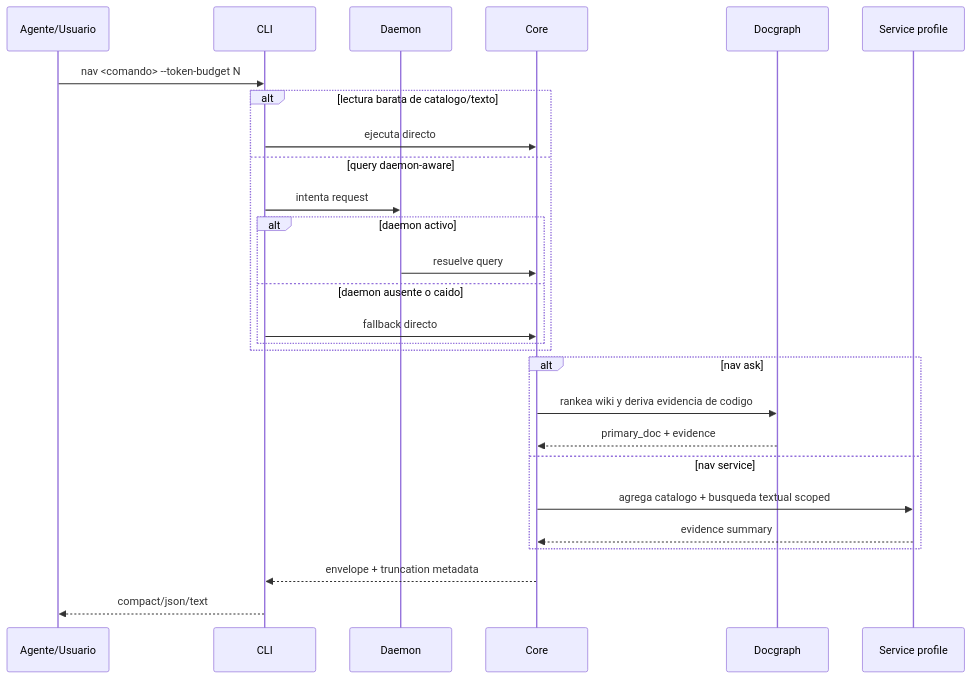
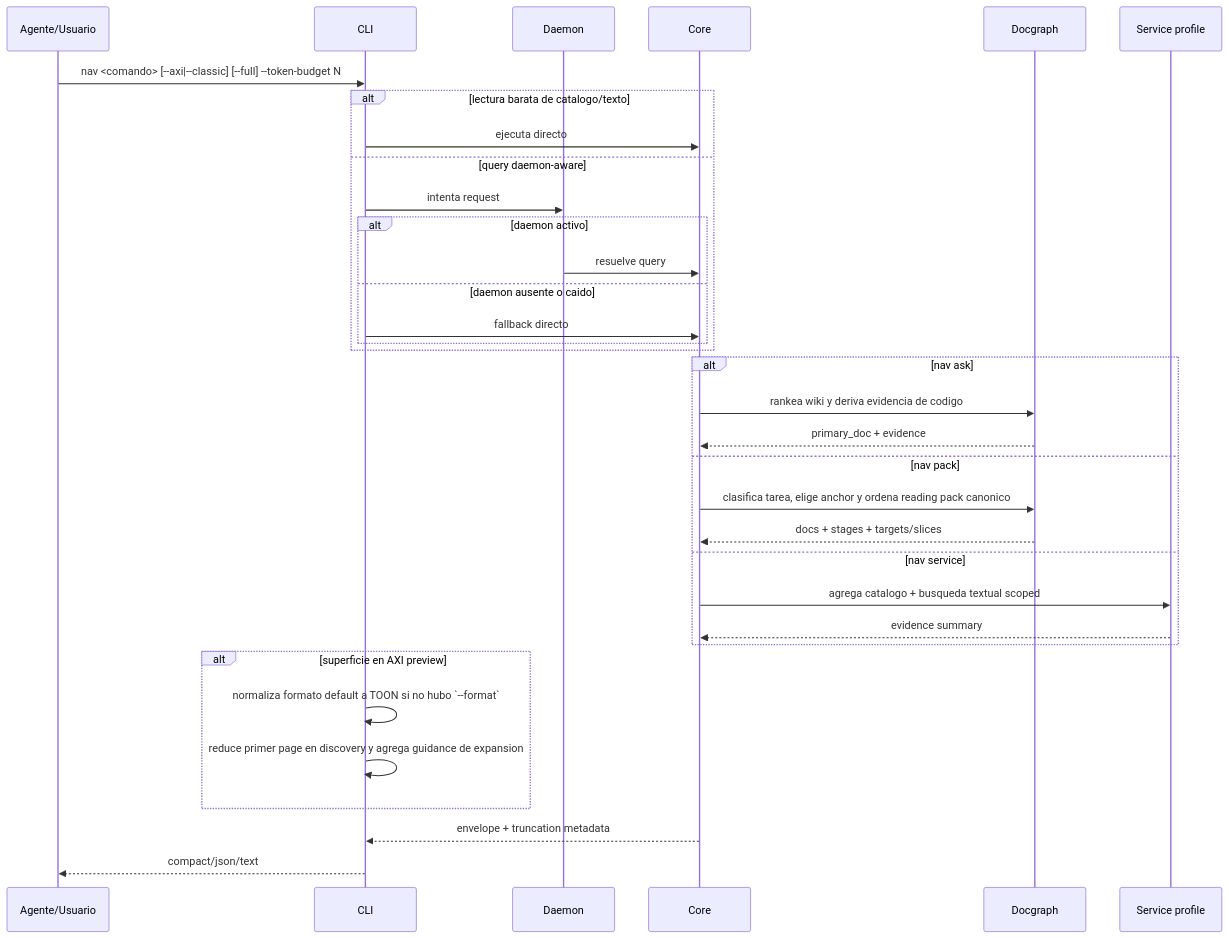
The diagram in .docs/wiki/03_FL/FL-QRY-01.md (fgpaz/mi-lsp), drawn with Mermaid before and after one commit. The commit also changed other lines of this file and 86 other files, not shown here.

````diff
--- a/.docs/wiki/03_FL/FL-QRY-01.md
+++ b/.docs/wiki/03_FL/FL-QRY-01.md
@@ -37,30 +38,37 @@
 ```mermaid
 sequenceDiagram
     participant A as Agente/Usuario
     participant CLI as CLI
     participant D as Daemon
     participant C as Core
     participant DG as Docgraph
     participant X as Service profile
 
-    A->>CLI: nav <comando> --token-budget N
+    A->>CLI: nav <comando> [--axi|--classic] [--full] --token-budget N
     alt lectura barata de catalogo/texto
         CLI->>C: ejecuta directo
     else query daemon-aware
         CLI->>D: intenta request
         alt daemon activo
             D->>C: resuelve query
         else daemon ausente o caido
             CLI->>C: fallback directo
         end
     end
     alt nav ask
         C->>DG: rankea wiki y deriva evidencia de codigo
         DG-->>C: primary_doc + evidence
+    else nav pack
+        C->>DG: clasifica tarea, elige anchor y ordena reading pack canonico
+        DG-->>C: docs + stages + targets/slices
     else nav service
         C->>X: agrega catalogo + busqueda textual scoped
         X-->>C: evidence summary
     end
+    alt superficie en AXI preview
+        CLI->>CLI: normaliza formato default a TOON si no hubo `--format`
+        CLI->>CLI: reduce primer page en discovery y agrega guidance de expansion
+    end
     C-->>CLI: envelope + truncation metadata
     CLI-->>A: compact/json/text
 ```
````
